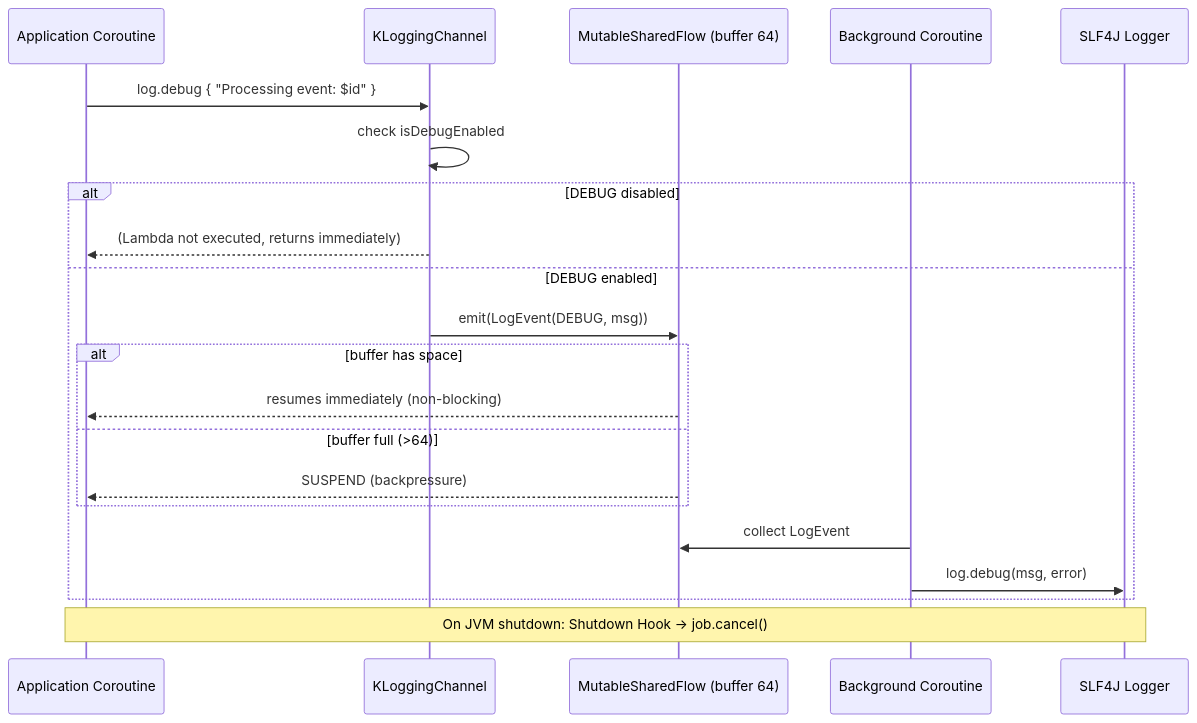
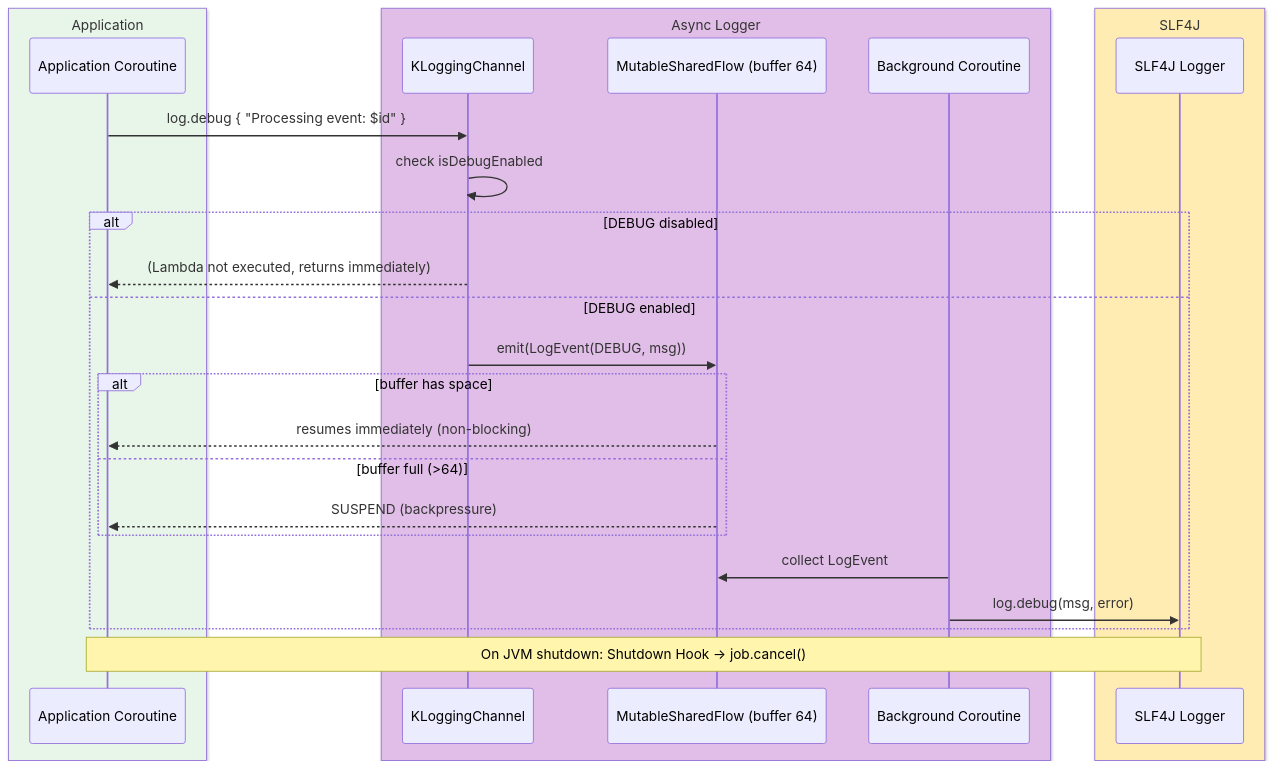
Before and after one commit to bluetape4k/bluetape4k-projects: the third of 3 diagrams in bluetape4k/logging/README.md, drawn with Mermaid. The commit also changed other lines of this file and 221 other files, not shown here.

First line of the commit message:
docs: 전체 모듈 README UML 다이어그램 보강 및 색상 업그레이드

````diff
--- a/bluetape4k/logging/README.md
+++ b/bluetape4k/logging/README.md
@@ -114,25 +129,31 @@
 ```mermaid
 sequenceDiagram
-    participant App as Application Coroutine
-    participant CH as KLoggingChannel
-    participant SF as MutableSharedFlow (buffer 64)
-    participant BG as Background Coroutine
-    participant SLF as SLF4J Logger
+    box rgb(232, 245, 233) Application
+        participant App as Application Coroutine
+    end
+    box rgb(225, 190, 231) Async Logger
+        participant CH as KLoggingChannel
+        participant SF as MutableSharedFlow (buffer 64)
+        participant BG as Background Coroutine
+    end
+    box rgb(255, 236, 179) SLF4J
+        participant SLF as SLF4J Logger
+    end
 
     App->>CH: log.debug { "Processing event: $id" }
     CH->>CH: check isDebugEnabled
     alt DEBUG disabled
         CH-->>App: (Lambda not executed, returns immediately)
     else DEBUG enabled
         CH->>SF: emit(LogEvent(DEBUG, msg))
         alt buffer has space
             SF-->>App: resumes immediately (non-blocking)
         else buffer full (>64)
             SF-->>App: SUSPEND (backpressure)
         end
         BG->>SF: collect LogEvent
         BG->>SLF: log.debug(msg, error)
     end
 
     Note over App,SLF: On JVM shutdown: Shutdown Hook → job.cancel()
 ```
````
